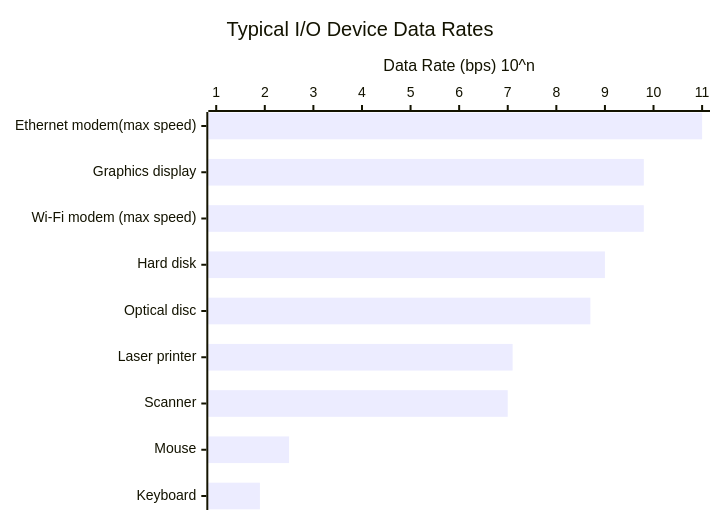
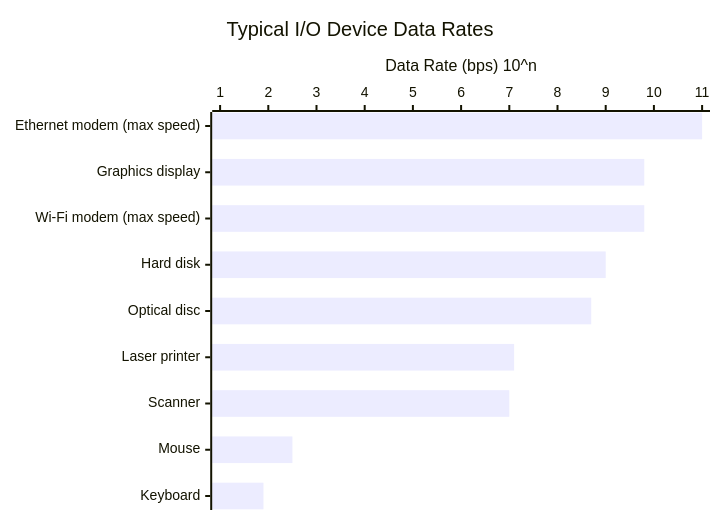
The diagram in src/Note/Arsitektur dan Organisasi Komputer/Bab 2.md (SyafaHadyan/learn), drawn with Mermaid before and after one commit.

````diff
--- a/src/Note/Arsitektur dan Organisasi Komputer/Bab 2.md
+++ b/src/Note/Arsitektur dan Organisasi Komputer/Bab 2.md
@@ -45,7 +45,7 @@
 ```mermaid
 xychart-beta horizontal
     title "Typical I/O Device Data Rates"
-    x-axis ["Ethernet modem(max speed)","Graphics display","Wi-Fi modem (max speed)","Hard disk","Optical disc","Laser printer","Scanner","Mouse","Keyboard"]
+    x-axis ["Ethernet modem (max speed)","Graphics display","Wi-Fi modem (max speed)","Hard disk","Optical disc","Laser printer","Scanner","Mouse","Keyboard"]
     y-axis "Data Rate (bps) 10^n" 1 --> 11
     bar [11,9.8,9.8,9,8.7,7.1,7,2.5,1.9]
 ```
````
